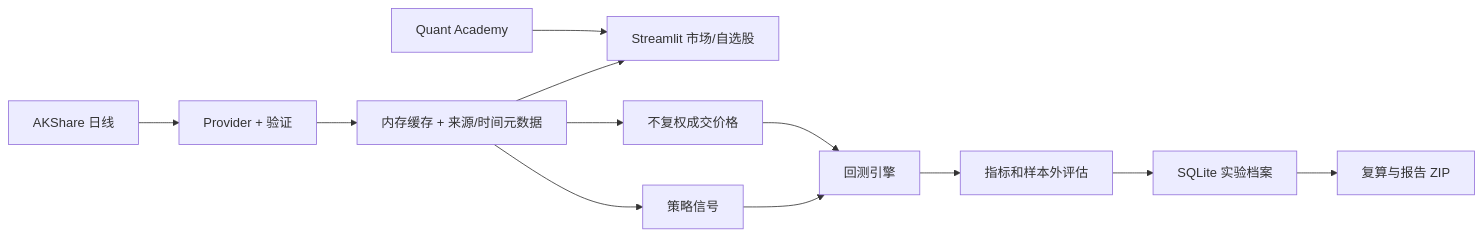
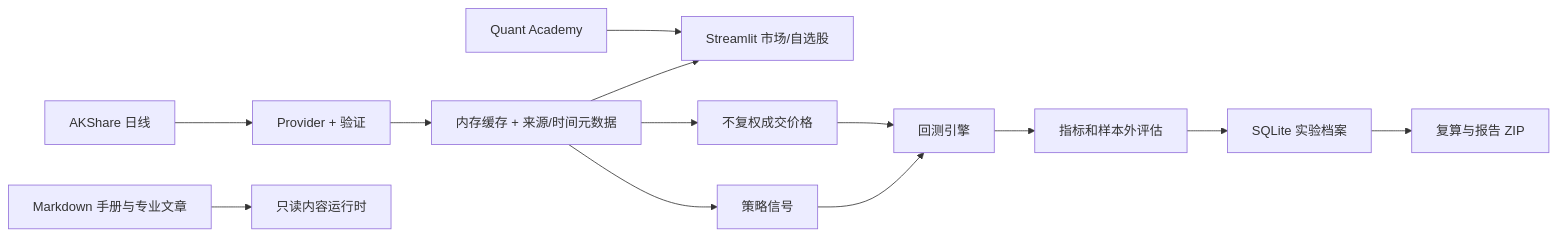
The diagram in ARCHITECTURE.md (Lovis-Log/quant-lab-cn-hk), drawn with Mermaid before and after one commit. The commit also changed other lines of this file and 6 other files, not shown here.

````diff
--- a/ARCHITECTURE.md
+++ b/ARCHITECTURE.md
@@ -17,14 +18,15 @@
 ```mermaid
 flowchart LR
     AK[AKShare 日线] --> P[Provider + 验证]
     P --> C[内存缓存 + 来源/时间元数据]
     C --> U[Streamlit 市场/自选股]
     C --> S[策略信号]
     C --> B[不复权成交价格]
     S --> E[回测引擎]
     B --> E
     E --> A[指标和样本外评估]
     A --> DB[SQLite 实验档案]
     DB --> R[复算与报告 ZIP]
     L[Quant Academy] --> U
+    M[Markdown 手册与专业文章] --> MC[只读内容运行时]
 ```
````
